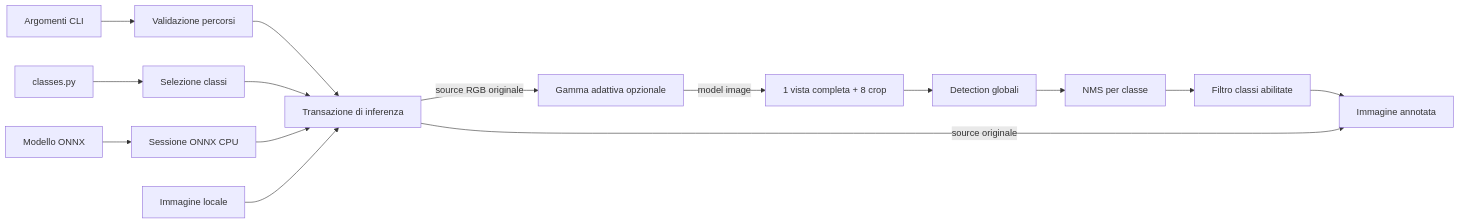
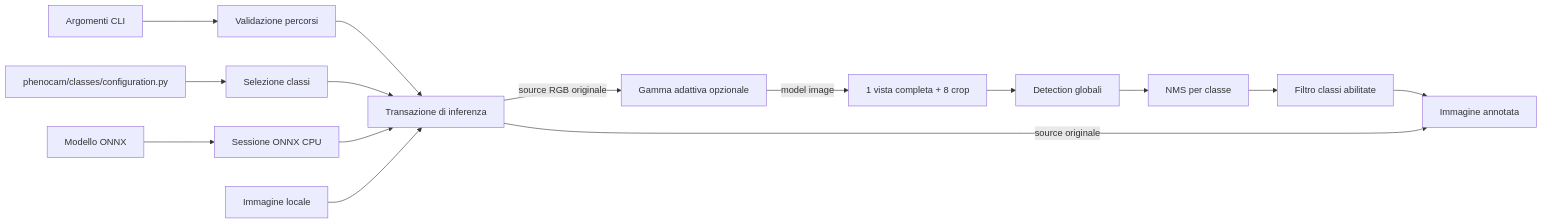
The first of 2 diagrams in docs/architettura.md (e-tufarini-terrasystem/phenocam-vision-edge), drawn with Mermaid before and after one commit. The commit also changed other lines of this file and 7 other files, not shown here.

````diff
--- a/docs/architettura.md
+++ b/docs/architettura.md
@@ -16,17 +16,17 @@
 ```mermaid
 flowchart LR
     CLI[Argomenti CLI] --> Validazione[Validazione percorsi]
-    Config[classes.py] --> Selezione[Selezione classi]
+    Config[phenocam/classes/configuration.py] --> Selezione[Selezione classi]
     Modello[Modello ONNX] --> Sessione[Sessione ONNX CPU]
     Validazione --> Coordinamento[Transazione di inferenza]
     Selezione --> Coordinamento
     Sessione --> Coordinamento
     Immagine[Immagine locale] --> Coordinamento
     Coordinamento -->|source RGB originale| Gamma[Gamma adattiva opzionale]
     Gamma -->|model image| Viste[1 vista completa + 8 crop]
     Viste --> Detection[Detection globali]
     Detection --> NMS[NMS per classe]
     NMS --> Filtro[Filtro classi abilitate]
     Filtro --> Output[Immagine annotata]
     Coordinamento -->|source originale| Output
 ```
````
